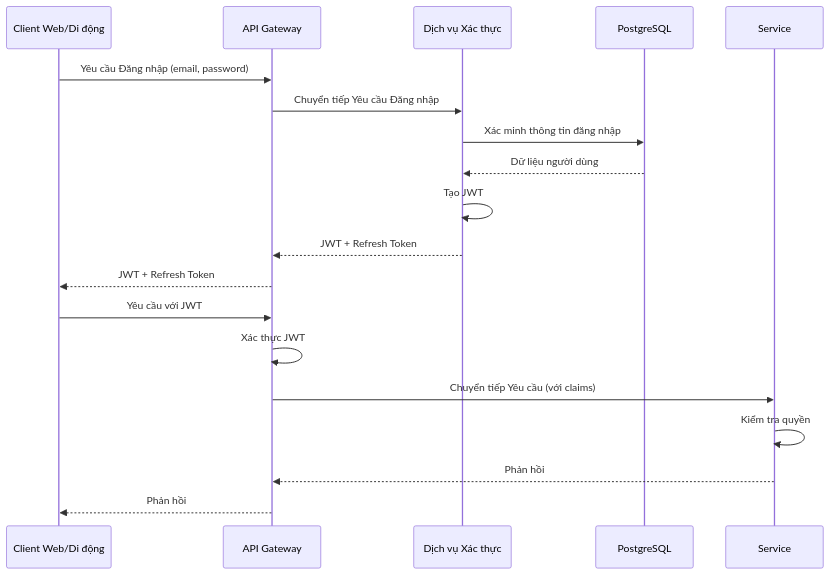
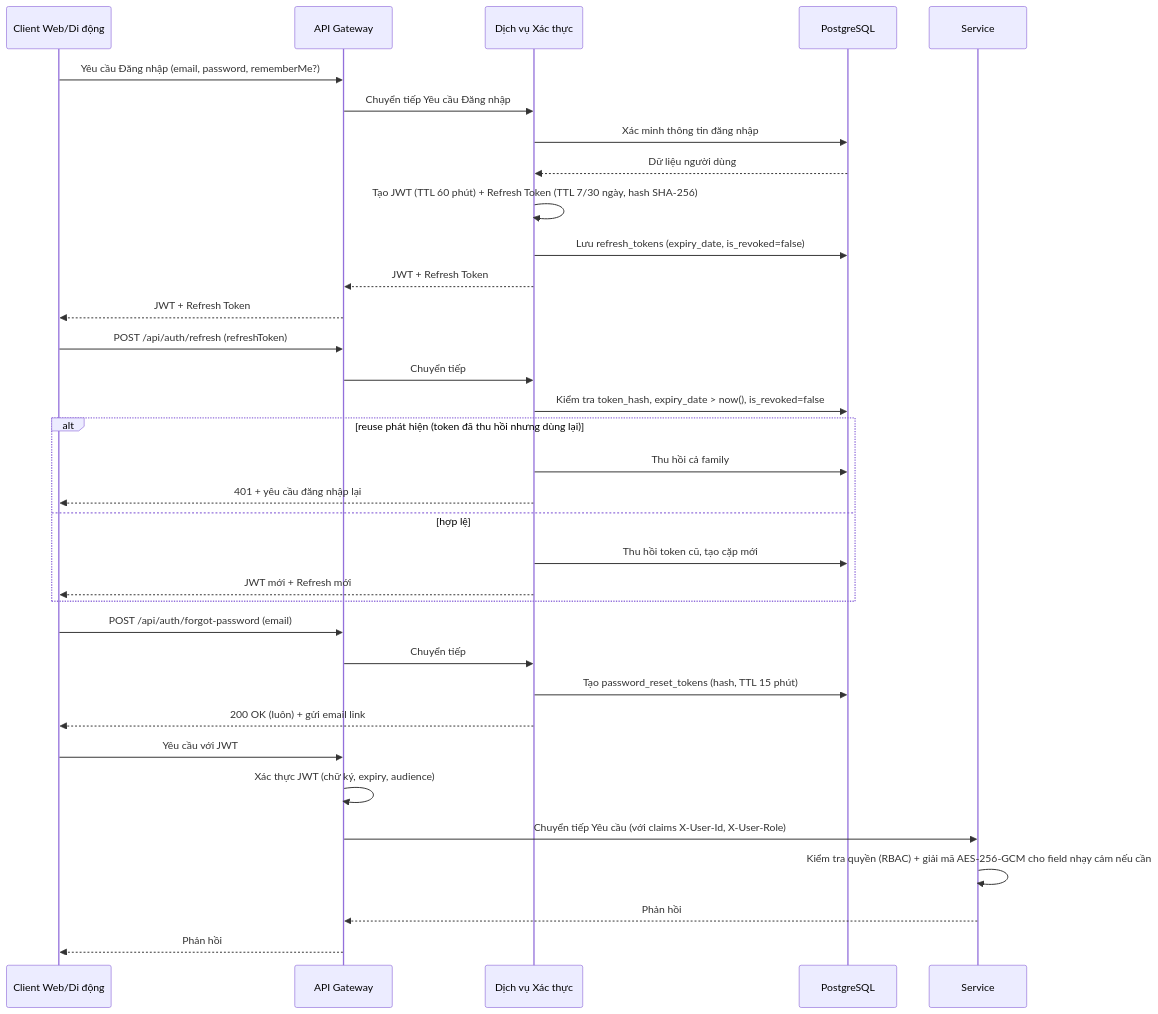
Before and after one commit to dut-pbl6-2026/job-platform-docs: the tenth of 11 diagrams in docs/srs/vi/8-system-architecture.vi.md, drawn with Mermaid. The commit also changed other lines of this file and 11 other files, not shown here.

````diff
--- a/docs/srs/vi/8-system-architecture.vi.md
+++ b/docs/srs/vi/8-system-architecture.vi.md
@@ -546,22 +559,39 @@
 ```mermaid
 sequenceDiagram
     participant Client as Client Web/Di động
     participant Gateway as API Gateway
     participant Auth as Dịch vụ Xác thực
     participant DB as PostgreSQL
 
-    Client->>Gateway: Yêu cầu Đăng nhập (email, password)
+    Client->>Gateway: Yêu cầu Đăng nhập (email, password, rememberMe?)
     Gateway->>Auth: Chuyển tiếp Yêu cầu Đăng nhập
     Auth->>DB: Xác minh thông tin đăng nhập
     DB-->>Auth: Dữ liệu người dùng
-    Auth->>Auth: Tạo JWT
+    Auth->>Auth: Tạo JWT (TTL 60 phút) + Refresh Token (TTL 7/30 ngày, hash SHA-256)
+    Auth->>DB: Lưu refresh_tokens (expiry_date, is_revoked=false)
     Auth-->>Gateway: JWT + Refresh Token
     Gateway-->>Client: JWT + Refresh Token
 
+    Client->>Gateway: POST /api/auth/refresh (refreshToken)
+    Gateway->>Auth: Chuyển tiếp
+    Auth->>DB: Kiểm tra token_hash, expiry_date > now(), is_revoked=false
+    alt reuse phát hiện (token đã thu hồi nhưng dùng lại)
+        Auth->>DB: Thu hồi cả family
+        Auth-->>Client: 401 + yêu cầu đăng nhập lại
+    else hợp lệ
+        Auth->>DB: Thu hồi token cũ, tạo cặp mới
+        Auth-->>Client: JWT mới + Refresh mới
+    end
+
+    Client->>Gateway: POST /api/auth/forgot-password (email)
+    Gateway->>Auth: Chuyển tiếp
+    Auth->>DB: Tạo password_reset_tokens (hash, TTL 15 phút)
+    Auth-->>Client: 200 OK (luôn) + gửi email link
+
     Client->>Gateway: Yêu cầu với JWT
-    Gateway->>Gateway: Xác thực JWT
-    Gateway->>Service: Chuyển tiếp Yêu cầu (với claims)
-    Service->>Service: Kiểm tra quyền
+    Gateway->>Gateway: Xác thực JWT (chữ ký, expiry, audience)
+    Gateway->>Service: Chuyển tiếp Yêu cầu (với claims X-User-Id, X-User-Role)
+    Service->>Service: Kiểm tra quyền (RBAC) + giải mã AES-256-GCM cho field nhạy cảm nếu cần
     Service-->>Gateway: Phản hồi
     Gateway-->>Client: Phản hồi
 ```
````
